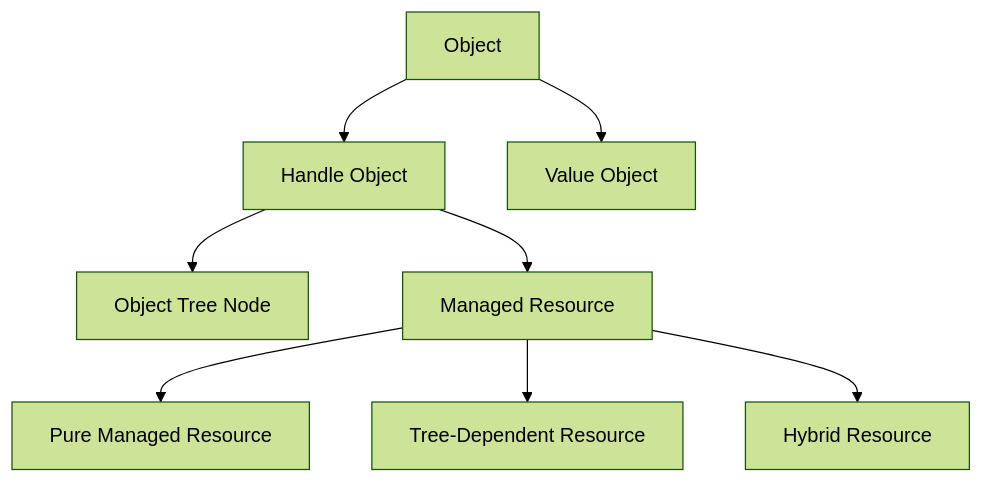
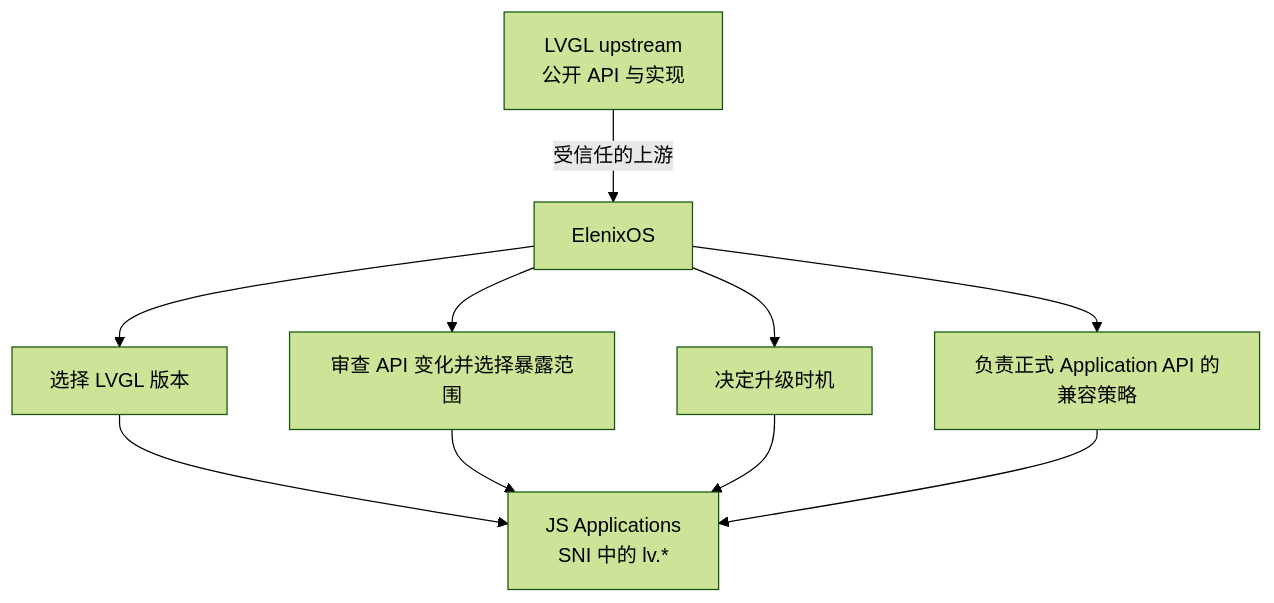
The first of 2 diagrams in docs/architecture/script_engine/sni/sni.mdx (ElenixOS/ElenixOS-Docs), drawn with Mermaid (forest theme) before and after one commit. The commit also changed other lines of this file and 141 other files, not shown here.

````diff
--- a/docs/architecture/script_engine/sni/sni.mdx
+++ b/docs/architecture/script_engine/sni/sni.mdx
@@ -26,10 +26,12 @@
 ```mermaid
-flowchart TD
-Object-->HandleObject["Handle Object"]
-Object-->ValueObject["Value Object"]
-HandleObject-->ObjectTreeNode["Object Tree Node"]
-HandleObject-->ManagedResource["Managed Resource"]
-ManagedResource-->PureManaged["Pure Managed Resource"]
-ManagedResource-->TreeDependent["Tree-Dependent Resource"]
-ManagedResource-->Hybrid["Hybrid Resource"]
+flowchart TB
+    Upstream["LVGL upstream<br/>公开 API 与实现"] -->|受信任的上游| ElenixOS["ElenixOS"]
+    ElenixOS --> Version["选择 LVGL 版本"]
+    ElenixOS --> Surface["审查 API 变化并选择暴露范围"]
+    ElenixOS --> Upgrade["决定升级时机"]
+    ElenixOS --> Compatibility["负责正式 Application API 的兼容策略"]
+    Version --> App["JS Applications<br/>SNI 中的 lv.*"]
+    Surface --> App
+    Upgrade --> App
+    Compatibility --> App
 ```
````
